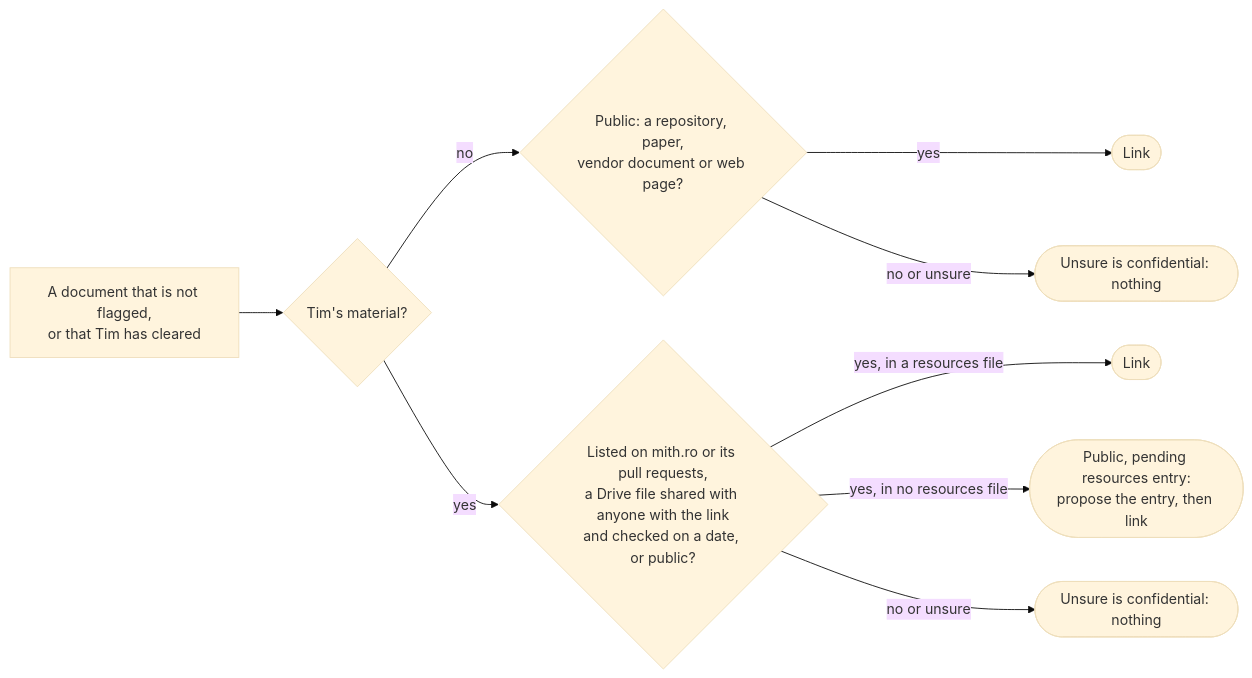
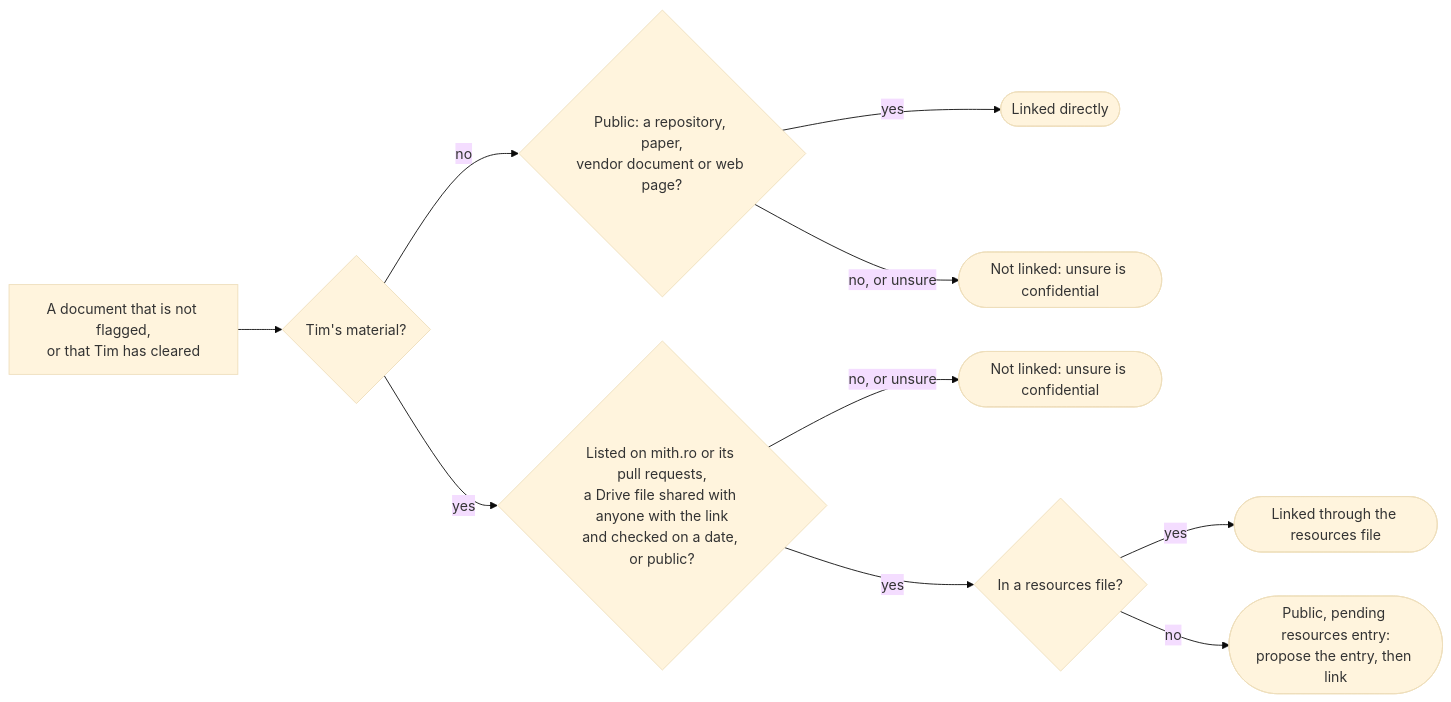
Before and after one commit to mithro/open-silicon-hitlist: the fourth of 4 diagrams in GUIDELINES.md, drawn with Mermaid (base theme). The commit also changed other lines of this file and 2 other files, not shown here.

````diff
--- a/GUIDELINES.md
+++ b/GUIDELINES.md
@@ -570,11 +572,12 @@
 ```mermaid
 flowchart LR
   C["A document that is not flagged,<br/>or that Tim has cleared"] --> D{"Tim's material?"}
   D -->|no| E{"Public: a repository, paper,<br/>vendor document or web page?"}
-  E -->|yes| L1(["Link"])
-  E -->|no or unsure| N1(["Unsure is confidential: nothing"])
+  E -->|yes| L1(["Linked directly"])
+  E -->|no, or unsure| N1(["Not linked: unsure is confidential"])
   D -->|yes| F{"Listed on mith.ro or its pull requests,<br/>a Drive file shared with anyone with the link<br/>and checked on a date, or public?"}
-  F -->|yes, in a resources file| L2(["Link"])
-  F -->|yes, in no resources file| P(["Public, pending resources entry:<br/>propose the entry, then link"])
-  F -->|no or unsure| N2(["Unsure is confidential: nothing"])
+  F -->|no, or unsure| N2(["Not linked: unsure is confidential"])
+  F -->|yes| R{"In a resources file?"}
+  R -->|yes| L2(["Linked through the resources file"])
+  R -->|no| P(["Public, pending resources entry:<br/>propose the entry, then link"])
 ```
````
